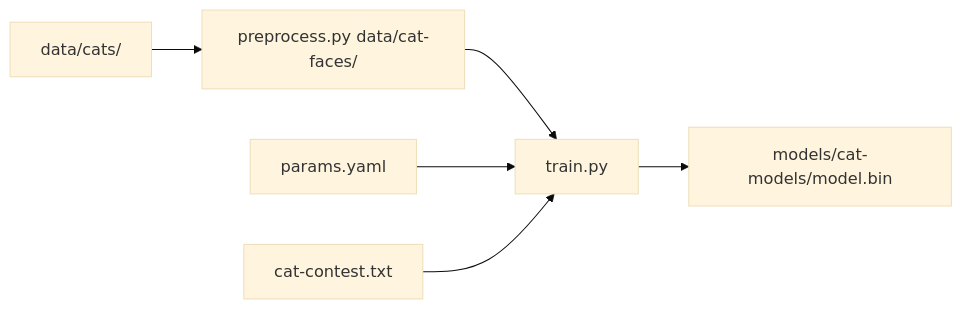
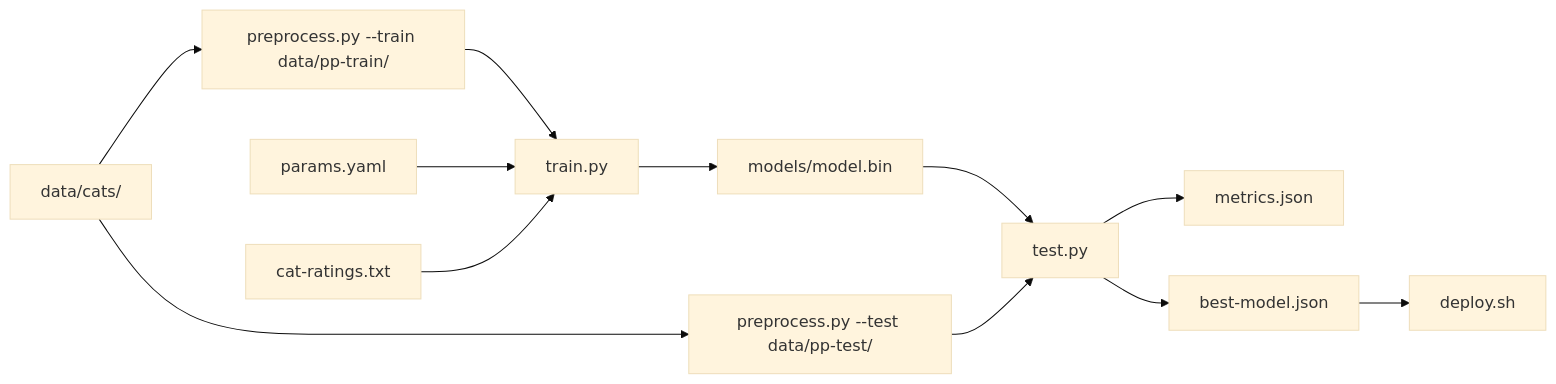
Before and after one commit to iesahin/xvc: the diagram in book/src/start/ml.md, drawn with Mermaid (base theme). The commit also changed other lines of this file, not shown here.

````diff
--- a/book/src/start/ml.md
+++ b/book/src/start/ml.md
@@ -102,8 +102,14 @@
 ```mermaid
 graph LR
-    cats["data/cats/"] --> pp["preprocess.py data/cat-faces/"]
-    pp --> train["train.py"]
+    cats["data/cats/"] --> pp-train["preprocess.py --train data/pp-train/"]
+    pp-train --> train["train.py"]
     params["params.yaml"] --> train
-    cat-contest["cat-contest.txt"] --> train
-    train --> model["models/cat-models/model.bin"]
+    cat-ratings["cat-ratings.txt"] --> train
+    train --> model["models/model.bin"]
+    cats --> pp-test["preprocess.py --test data/pp-test/"]
+    model --> test["test.py"]
+    pp-test --> test
+    test --> metrics["metrics.json"]
+    test --> best-model["best-model.json"]
+    best-model --> deploy["deploy.sh"]
 ```
````
